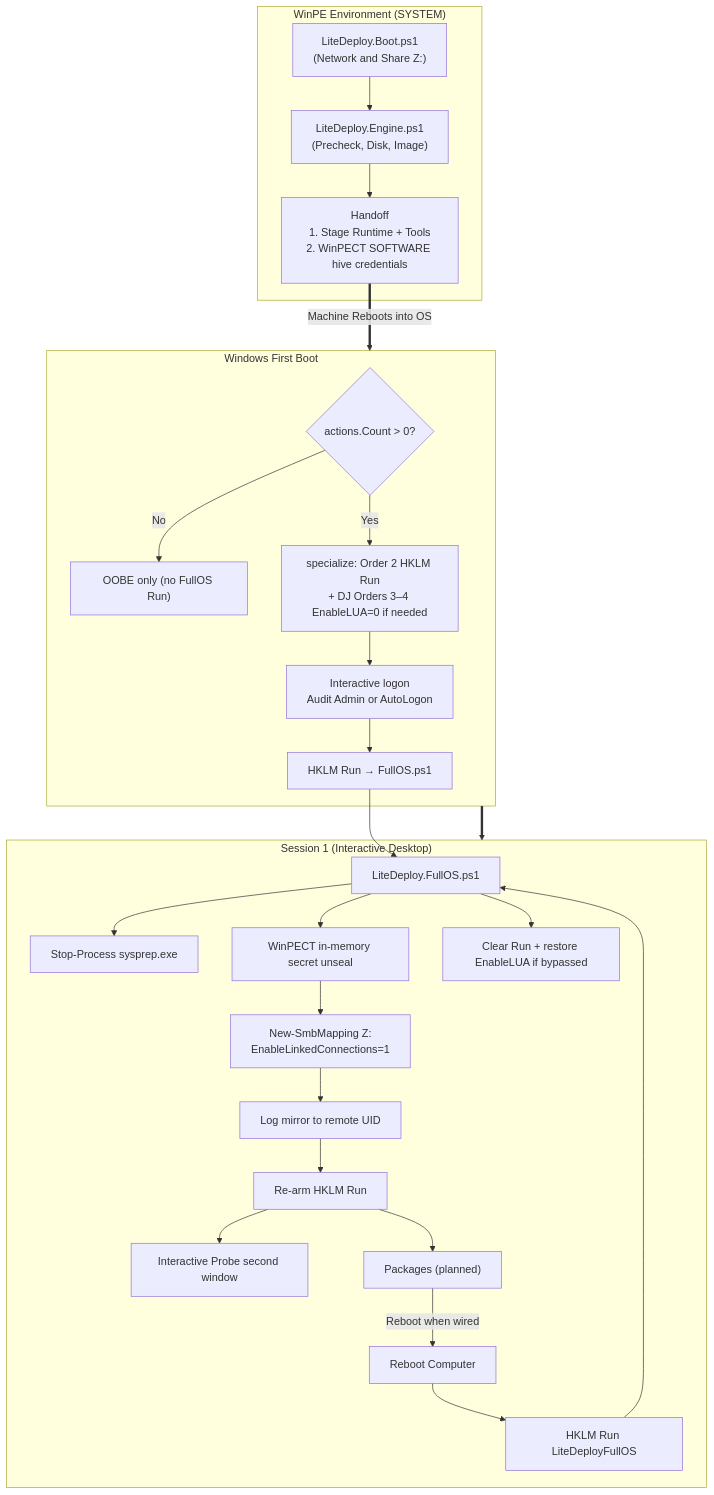
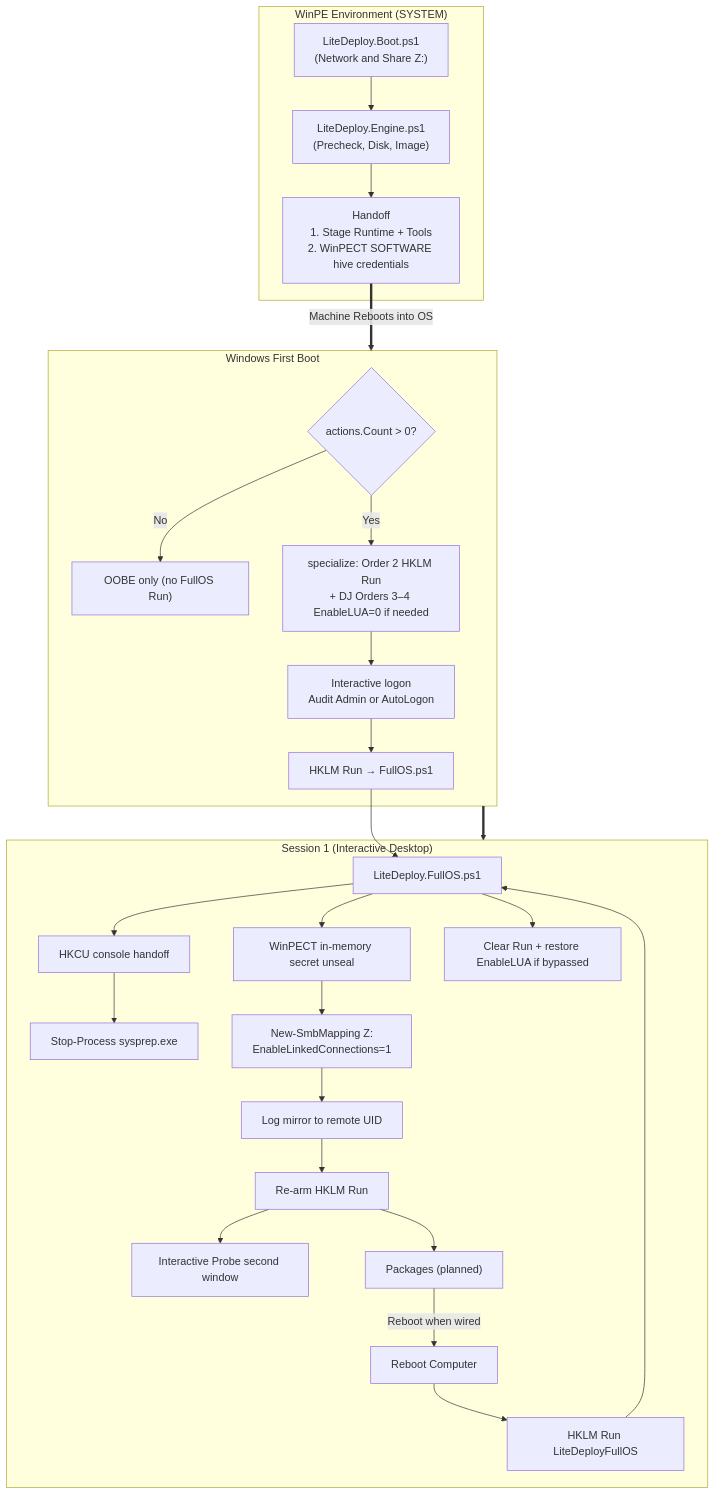
The second of 6 diagrams in _Docs/architecture/LITEDEPLOY_DEPLOYMENT_DIAGRAM.md (cmartineztech/LiteDeploy.Core), drawn with Mermaid before and after one commit. The commit also changed other lines of this file and 9 other files, not shown here.

Commit message:
Document the edition title rule and the FullOS console handoff in the live guides.

````diff
--- a/_Docs/architecture/LITEDEPLOY_DEPLOYMENT_DIAGRAM.md
+++ b/_Docs/architecture/LITEDEPLOY_DEPLOYMENT_DIAGRAM.md
@@ -87,33 +89,34 @@
 ```mermaid
 graph TD
     subgraph WinPE ["WinPE Environment (SYSTEM)"]
         Boot["LiteDeploy.Boot.ps1<br/>(Network and Share Z:)"] --> Engine["LiteDeploy.Engine.ps1<br/>(Precheck, Disk, Image)"]
         Engine --> Handoff["Handoff<br/>1. Stage Runtime + Tools<br/>2. WinPECT SOFTWARE hive credentials"]
     end
 
     subgraph WindowsFirstBoot ["Windows First Boot"]
         ActionsGate{"actions.Count > 0?"}
         ActionsGate -->|No| OOBE["OOBE only (no FullOS Run)"]
         ActionsGate -->|Yes| Specialize["specialize: Order 2 HKLM Run<br/>+ DJ Orders 3–4 EnableLUA=0 if needed"]
         Specialize --> Logon["Interactive logon<br/>Audit Admin or AutoLogon"]
         Logon --> FullOSLaunch["HKLM Run → FullOS.ps1"]
     end
 
     subgraph Session1 ["Session 1 (Interactive Desktop)"]
         FullOSLaunch --> FullOS["LiteDeploy.FullOS.ps1"]
-        FullOS --> KillSysprep["Stop-Process sysprep.exe"]
+        FullOS --> ConsoleHost["HKCU console handoff"]
+        ConsoleHost --> KillSysprep["Stop-Process sysprep.exe"]
         FullOS --> Unseal["WinPECT in-memory secret unseal"]
         Unseal --> MountZ["New-SmbMapping Z:<br/>EnableLinkedConnections=1"]
         MountZ --> Mirror["Log mirror to remote UID"]
         Mirror --> Arm["Re-arm HKLM Run"]
         Arm --> Probe["Interactive Probe second window"]
         Arm --> Pkg["Packages (planned)"]
         Pkg -->|Reboot when wired| RebootLoop["Reboot Computer"]
         RebootLoop --> RunKey["HKLM Run LiteDeployFullOS"]
         RunKey --> FullOS
         FullOS --> Cleanup["Clear Run + restore EnableLUA if bypassed"]
     end
 
     Handoff ==>|Machine Reboots into OS| WindowsFirstBoot
     WindowsFirstBoot ==> Session1
 ```
````
